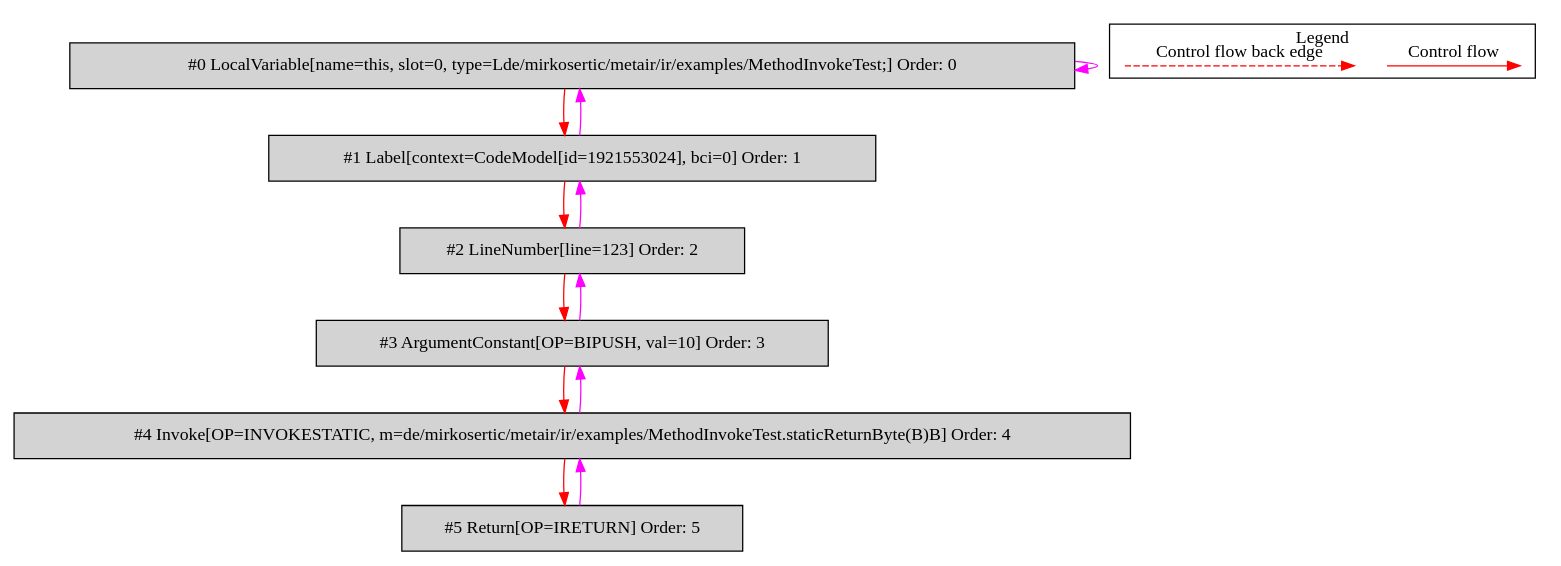
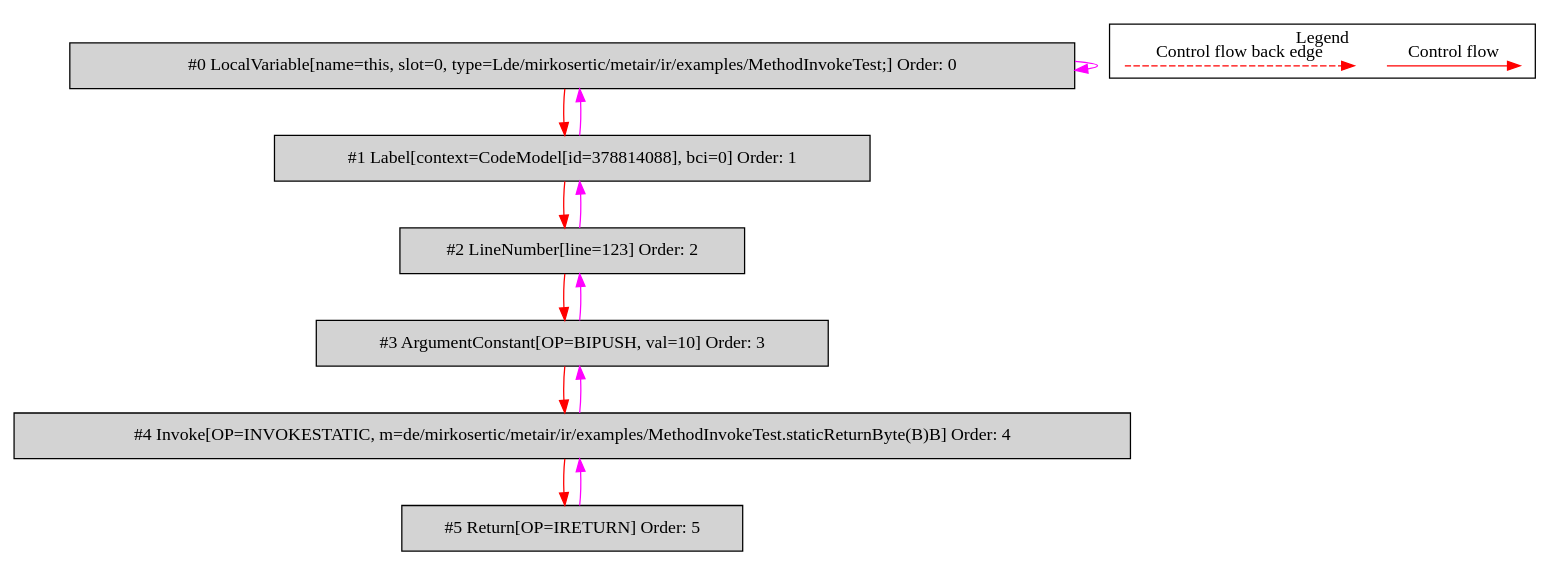
The diagram in de.mirkosertic.metair.ir.examples.MethodInvokeTest/returnByte/bytecodecfg.dot (mirkosertic/MetaIR), drawn with Graphviz before and after one commit. The commit also changed 1234 other files, not shown here.

```diff
--- a/de.mirkosertic.metair.ir.examples.MethodInvokeTest/returnByte/bytecodecfg.dot
+++ b/de.mirkosertic.metair.ir.examples.MethodInvokeTest/returnByte/bytecodecfg.dot
@@ -1,34 +1,34 @@
 digraph {
  ordering="in";
  node0[label="#0 LocalVariable[name=this, slot=0, type=Lde/mirkosertic/metair/ir/examples/MethodInvokeTest;] Order: 0", shape=box, fillcolor=lightgrey, style=filled];
- node1[label="#1 Label[context=CodeModel[id=1921553024], bci=0] Order: 1", shape=box, fillcolor=lightgrey, style=filled];
+ node1[label="#1 Label[context=CodeModel[id=378814088], bci=0] Order: 1", shape=box, fillcolor=lightgrey, style=filled];
  node2[label="#2 LineNumber[line=123] Order: 2", shape=box, fillcolor=lightgrey, style=filled];
  node3[label="#3 ArgumentConstant[OP=BIPUSH, val=10] Order: 3", shape=box, fillcolor=lightgrey, style=filled];
  node4[label="#4 Invoke[OP=INVOKESTATIC, m=de/mirkosertic/metair/ir/examples/MethodInvokeTest.staticReturnByte(B)B] Order: 4", shape=box, fillcolor=lightgrey, style=filled];
  node5[label="#5 Return[OP=IRETURN] Order: 5", shape=box, fillcolor=lightgrey, style=filled];
  node0 -> node0[color=fuchsia];
  node0 -> node1[color=red];
  node1 -> node0[color=fuchsia];
  node1 -> node2[color=red];
  node2 -> node1[color=fuchsia];
  node2 -> node3[color=red];
  node3 -> node2[color=fuchsia];
  node3 -> node4[color=red];
  node4 -> node3[color=fuchsia];
  node4 -> node5[color=red];
  node5 -> node4[color=fuchsia];
  subgraph cluster_000 {
   label = "Legend";
   node [shape=point]
   {
    rank=same;
    c0 [style = invis];
    c1 [style = invis];
    c2 [style = invis];
    c3 [style = invis];
   }
   c0 -> c1 [label="Control flow", style=solid, color=red]
   c2 -> c3 [label="Control flow back edge", style=dashed, color=red]
  }
 
 }
```
